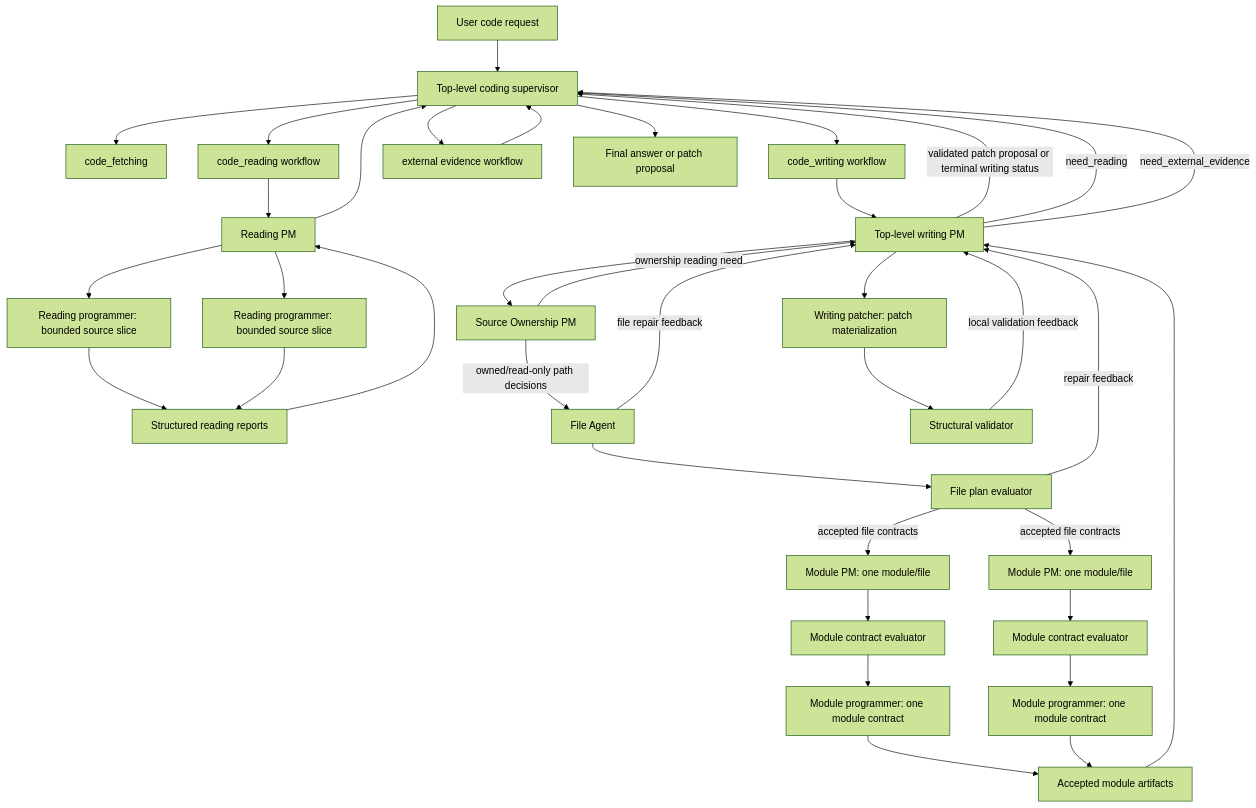
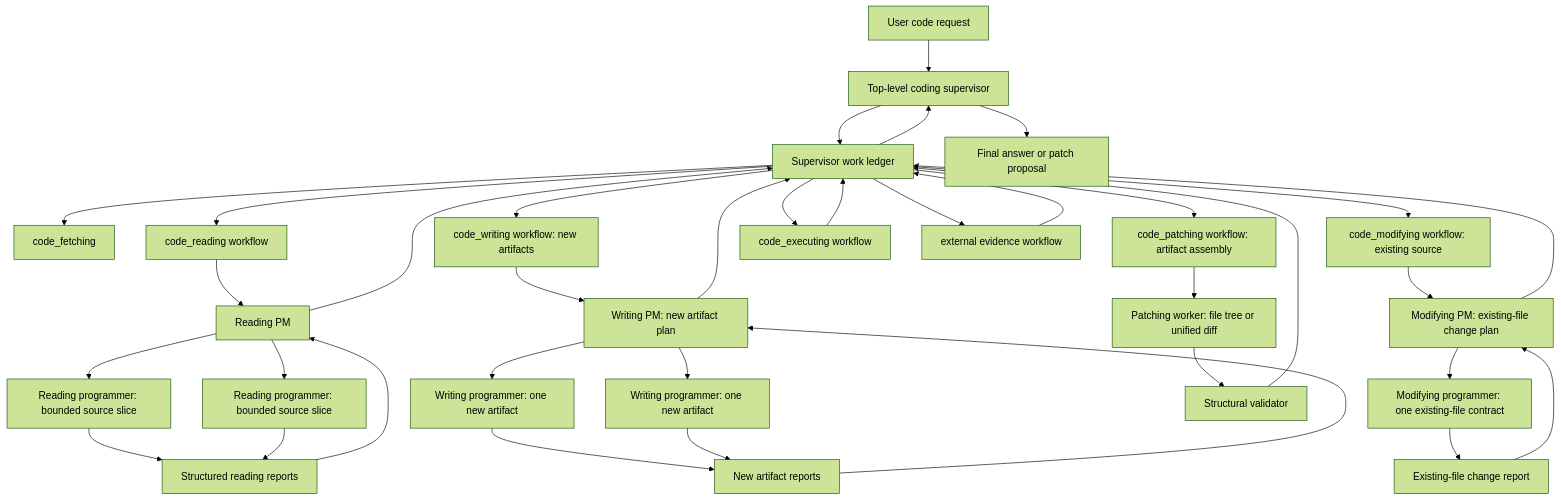
The first of 4 diagrams in development_plans/reference/designs/coding_agent_architecture.md (eamars/KazusaAIChatbot), drawn with Mermaid (forest theme) before and after one commit. The commit also changed other lines of this file and 34 other files, not shown here.

Commit message:
phase 2 partial implementation prior to architecture change

````diff
--- a/development_plans/reference/designs/coding_agent_architecture.md
+++ b/development_plans/reference/designs/coding_agent_architecture.md
@@ -131,43 +146,44 @@
 ```mermaid
 flowchart TD
     U[User code request] --> S[Top-level coding supervisor]
+    S --> L[Supervisor work ledger]
 
-    S --> F[code_fetching]
-    S --> R[code_reading workflow]
-    S --> W[code_writing workflow]
-    S --> E[external evidence workflow]
+    L --> F[code_fetching]
+    L --> R[code_reading workflow]
+    L --> W[code_writing workflow: new artifacts]
+    L --> M[code_modifying workflow: existing source]
+    L --> P[code_patching workflow: artifact assembly]
+    L --> X[code_executing workflow]
+    L --> E[external evidence workflow]
 
     R --> RPM[Reading PM]
     RPM --> RP1[Reading programmer: bounded source slice]
     RPM --> RP2[Reading programmer: bounded source slice]
     RP1 --> RPT[Structured reading reports]
     RP2 --> RPT
     RPT --> RPM
-    RPM --> S
+    RPM --> L
 
-    W --> WPM[Top-level writing PM]
-    WPM --> SOPM[Source Ownership PM]
-    SOPM -->|owned/read-only path decisions| WFA[File Agent]
-    SOPM -->|ownership reading need| WPM
-    WFA --> WFPE[File plan evaluator]
-    WFA -->|file repair feedback| WPM
-    WFPE -->|accepted file contracts| FPM1[Module PM: one module/file]
-    WFPE -->|accepted file contracts| FPM2[Module PM: one module/file]
-    WFPE -->|repair feedback| WPM
-    FPM1 --> MCE1[Module contract evaluator]
-    FPM2 --> MCE2[Module contract evaluator]
-    MCE1 --> WP1[Module programmer: one module contract]
-    MCE2 --> WP2[Module programmer: one module contract]
-    WP1 --> WFPR[Accepted module artifacts]
-    WP2 --> WFPR
-    WFPR --> WPM
-    WPM --> WPA[Writing patcher: patch materialization]
-    WPA --> WV[Structural validator]
-    WV -->|local validation feedback| WPM
-    WPM -->|validated patch proposal or terminal writing status| S
-    WPM -->|need_reading| S
-    WPM -->|need_external_evidence| S
+    W --> WPM[Writing PM: new artifact plan]
+    WPM --> WMP1[Writing programmer: one new artifact]
+    WPM --> WMP2[Writing programmer: one new artifact]
+    WMP1 --> WAR[New artifact reports]
+    WMP2 --> WAR
+    WAR --> WPM
+    WPM --> L
 
-    E --> S
+    M --> MPM[Modifying PM: existing-file change plan]
+    MPM --> MMP1[Modifying programmer: one existing-file contract]
+    MMP1 --> MAR[Existing-file change report]
+    MAR --> MPM
+    MPM --> L
+
+    P --> PA[Patching worker: file tree or unified diff]
+    PA --> V[Structural validator]
+    V --> L
+
+    E --> L
+    X --> L
+    L --> S
     S --> O[Final answer or patch proposal]
 ```
````
